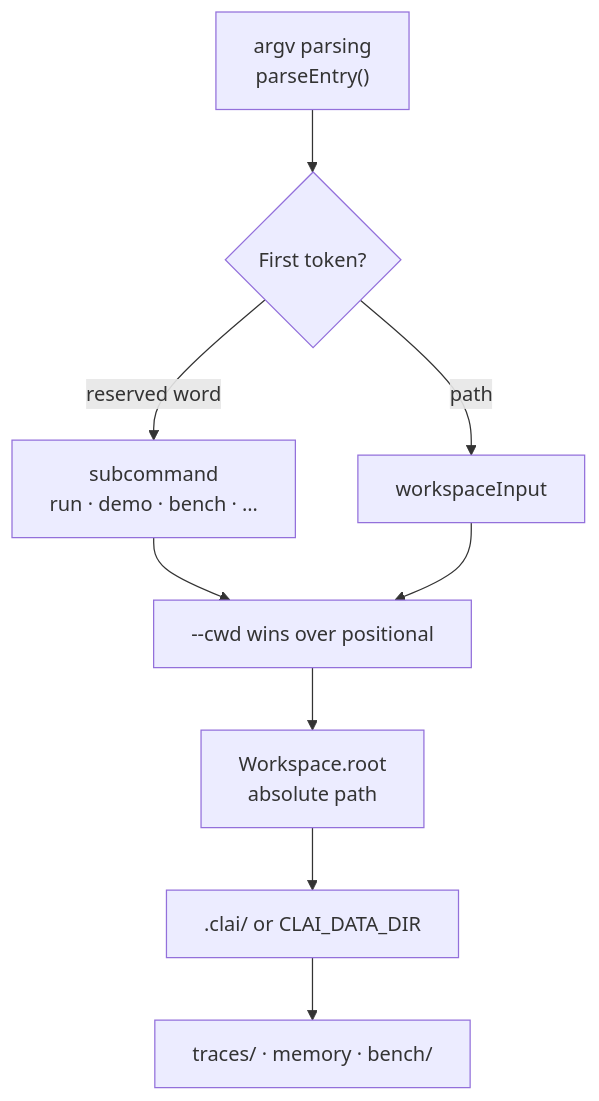
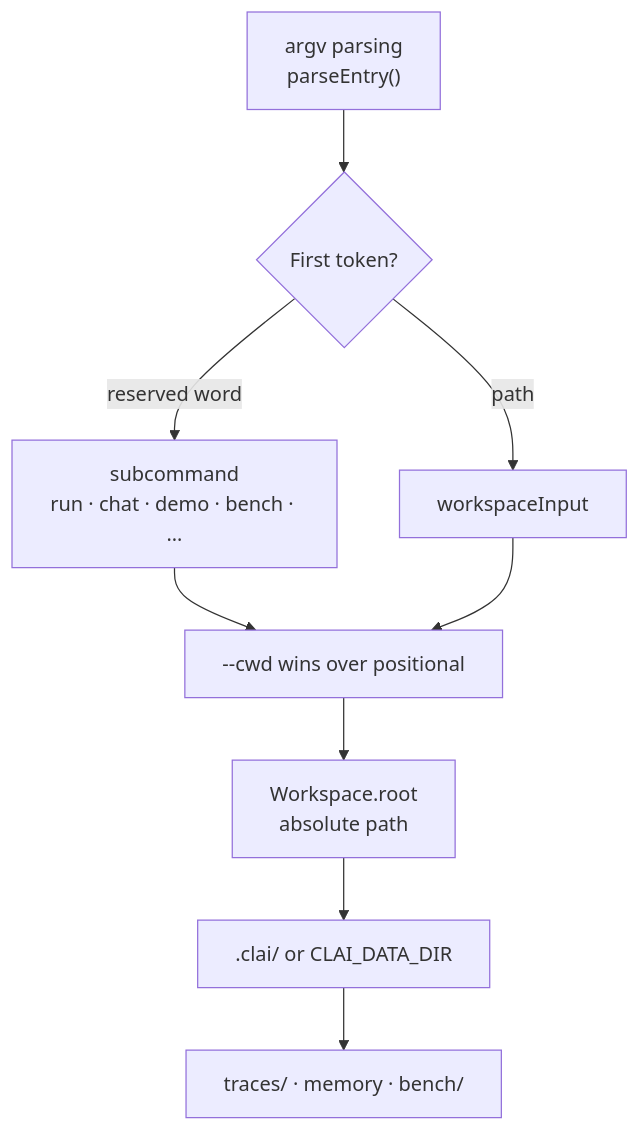
One commit to rajofearth/CodeRush2.0_TeamKnull changed the third of 10 diagrams in docs/ARCHITECTURE.md. Above: the diagram before and after it, drawn with Mermaid. The commit also changed other lines of this file, not shown here.

Commit message:
docs: sync ARCHITECTURE.md with current codebase

````diff
--- a/docs/ARCHITECTURE.md
+++ b/docs/ARCHITECTURE.md
@@ -148,11 +150,11 @@
 ```mermaid
 flowchart TD
   A["argv parsing<br/>parseEntry()"] --> B{"First token?"}
-  B -->|reserved word| C["subcommand<br/>run · demo · bench · …"]
+  B -->|reserved word| C["subcommand<br/>run · chat · demo · bench · …"]
   B -->|path| D["workspaceInput"]
   C --> E["--cwd wins over positional"]
   D --> E
   E --> F["Workspace.root<br/>absolute path"]
   F --> G[".clai/ or CLAI_DATA_DIR"]
   G --> H["traces/ · memory · bench/"]
 ```
````
